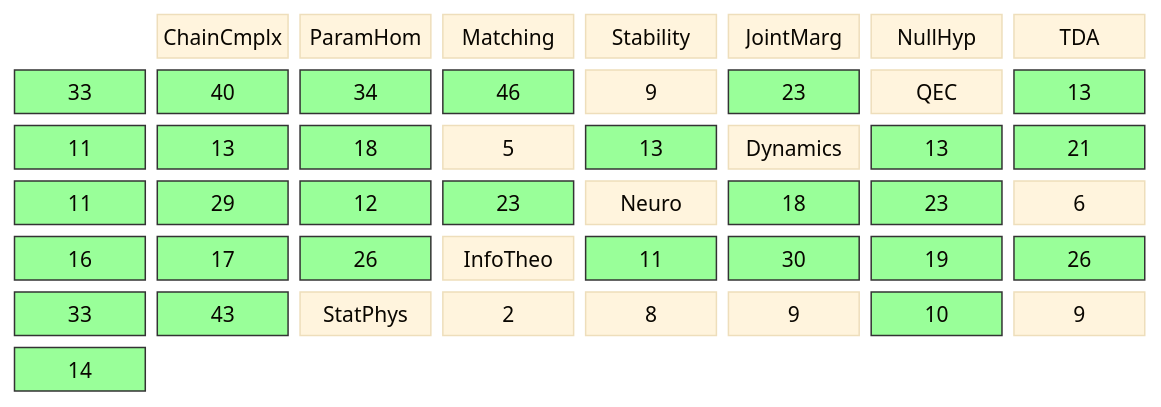
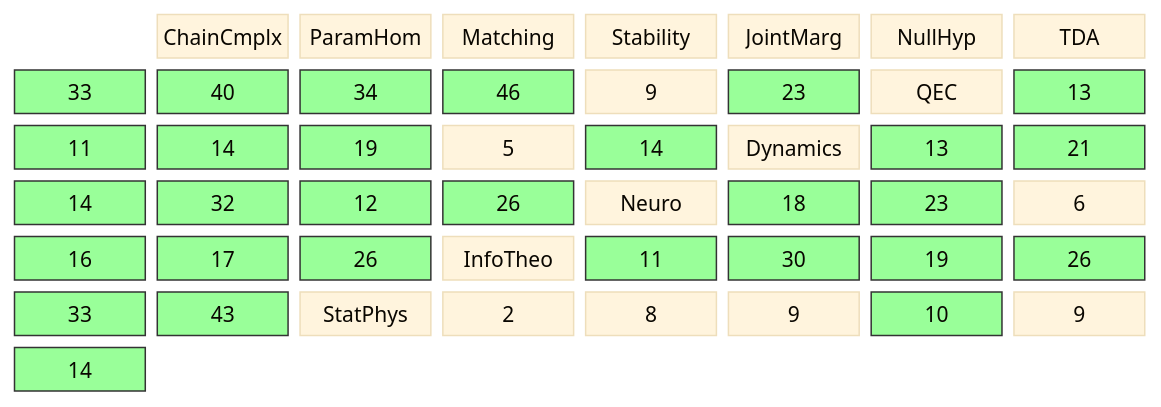
Before and after one commit to musicofhel/topoyolo: the diagram in diagrams/coverage-matrix.md, drawn with Mermaid. The commit also changed other lines of this file and 9 other files, not shown here.

````diff
--- a/diagrams/coverage-matrix.md
+++ b/diagrams/coverage-matrix.md
@@ -22,43 +22,43 @@
 ```mermaid
 %%{init: {'theme': 'base', 'themeVariables': {'fontSize': '14px'}}}%%
 block-beta
   columns 8
 
   space:1 CC["ChainCmplx"] PH["ParamHom"] MA["Matching"] ST["Stability"] JM["JointMarg"] NH["NullHyp"]
 
   TDA["TDA"] TDA_CC["33"] TDA_PH["40"] TDA_MA["34"] TDA_ST["46"] TDA_JM["9"] TDA_NH["23"]
-  QEC["QEC"] QEC_CC["13"] QEC_PH["11"] QEC_MA["13"] QEC_ST["18"] QEC_JM["5"] QEC_NH["13"]
-  DYN["Dynamics"] DYN_CC["13"] DYN_PH["21"] DYN_MA["11"] DYN_ST["29"] DYN_JM["12"] DYN_NH["23"]
+  QEC["QEC"] QEC_CC["13"] QEC_PH["11"] QEC_MA["14"] QEC_ST["19"] QEC_JM["5"] QEC_NH["14"]
+  DYN["Dynamics"] DYN_CC["13"] DYN_PH["21"] DYN_MA["14"] DYN_ST["32"] DYN_JM["12"] DYN_NH["26"]
   NEU["Neuro"] NEU_CC["18"] NEU_PH["23"] NEU_MA["6"] NEU_ST["16"] NEU_JM["17"] NEU_NH["26"]
   IT["InfoTheo"] IT_CC["11"] IT_PH["30"] IT_MA["19"] IT_ST["26"] IT_JM["33"] IT_NH["43"]
   SP["StatPhys"] SP_CC["2"] SP_PH["8"] SP_MA["9"] SP_ST["10"] SP_JM["9"] SP_NH["14"]
   style TDA_CC fill:#9f9,stroke:#333
   style TDA_PH fill:#9f9,stroke:#333
   style TDA_MA fill:#9f9,stroke:#333
   style TDA_ST fill:#9f9,stroke:#333
   style TDA_NH fill:#9f9,stroke:#333
   style QEC_CC fill:#9f9,stroke:#333
   style QEC_PH fill:#9f9,stroke:#333
   style QEC_MA fill:#9f9,stroke:#333
   style QEC_ST fill:#9f9,stroke:#333
   style QEC_NH fill:#9f9,stroke:#333
   style DYN_CC fill:#9f9,stroke:#333
   style DYN_PH fill:#9f9,stroke:#333
   style DYN_MA fill:#9f9,stroke:#333
   style DYN_ST fill:#9f9,stroke:#333
   style DYN_JM fill:#9f9,stroke:#333
   style DYN_NH fill:#9f9,stroke:#333
   style NEU_CC fill:#9f9,stroke:#333
   style NEU_PH fill:#9f9,stroke:#333
   style NEU_ST fill:#9f9,stroke:#333
   style NEU_JM fill:#9f9,stroke:#333
   style NEU_NH fill:#9f9,stroke:#333
   style IT_CC fill:#9f9,stroke:#333
   style IT_PH fill:#9f9,stroke:#333
   style IT_MA fill:#9f9,stroke:#333
   style IT_ST fill:#9f9,stroke:#333
   style IT_JM fill:#9f9,stroke:#333
   style IT_NH fill:#9f9,stroke:#333
   style SP_ST fill:#9f9,stroke:#333
   style SP_NH fill:#9f9,stroke:#333
 ```
````
